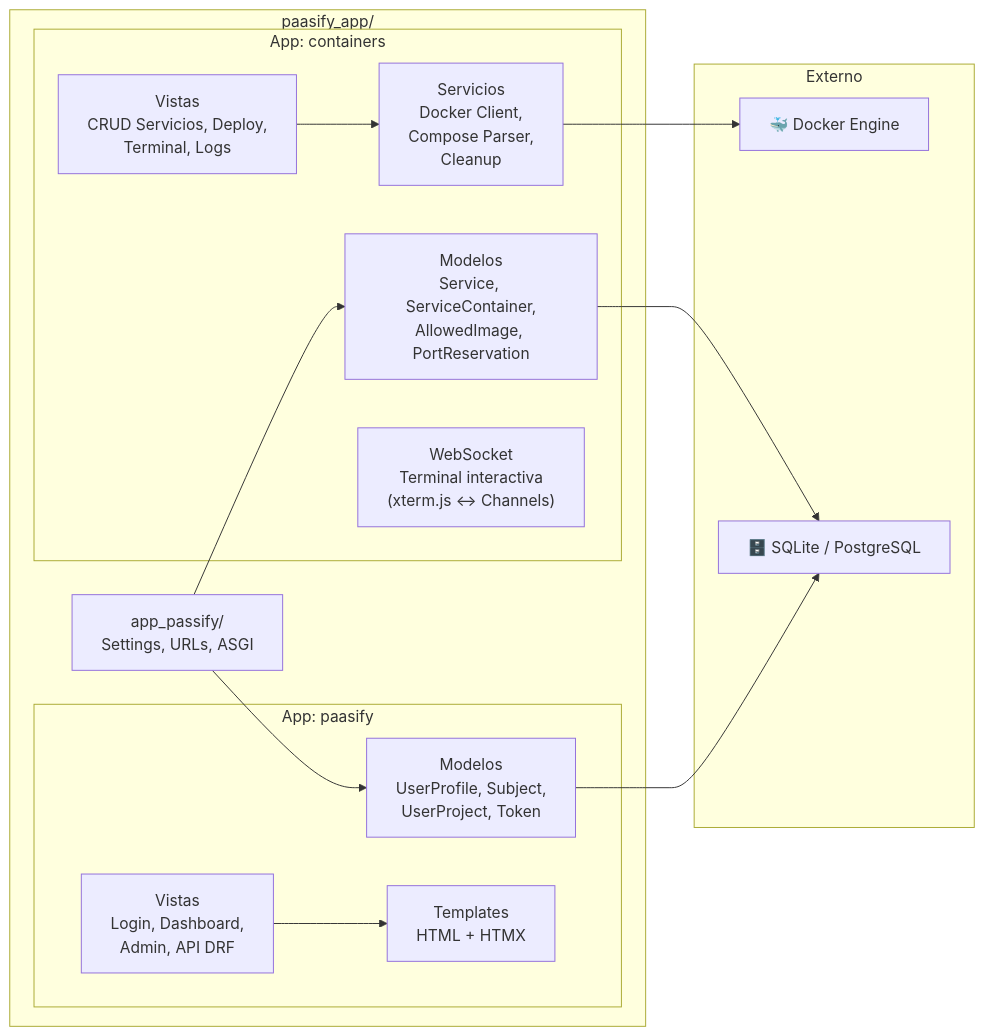
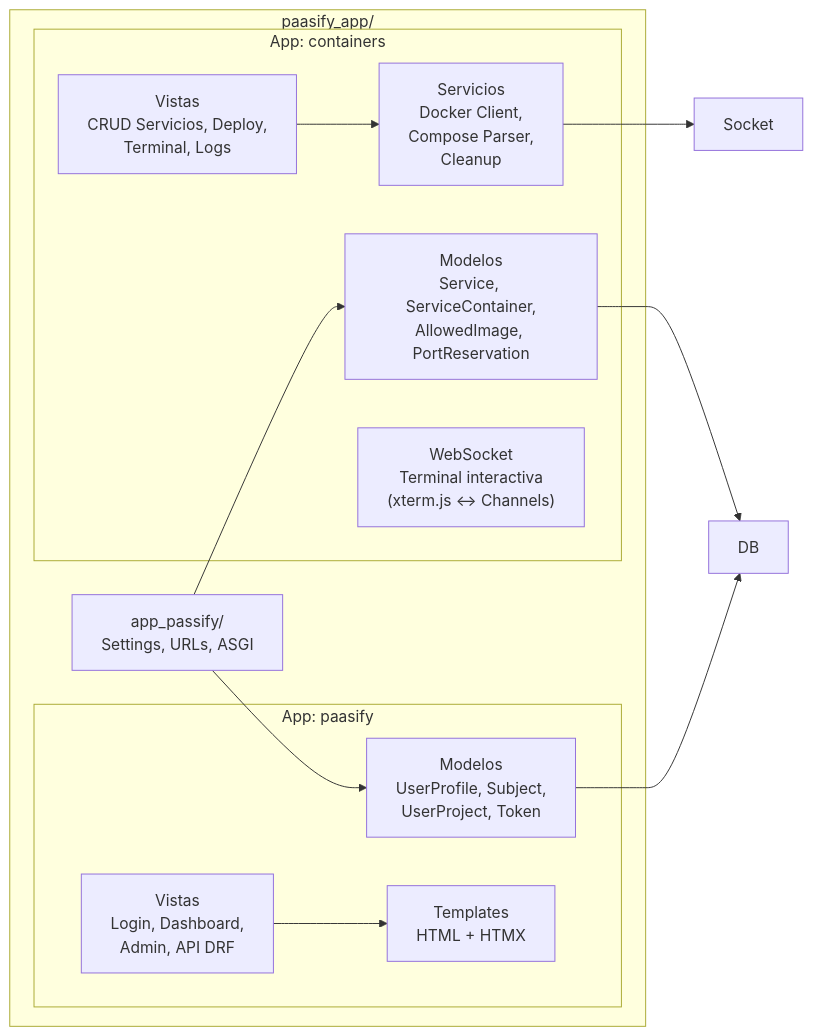
The second of 4 diagrams in docs/DEVELOPMENT.md (DavidRG25/TFG_APP_DOCKER-PASSIFY), drawn with Mermaid before and after one commit. The commit also changed other lines of this file and 2 other files, not shown here.

Commit message:
v10.4.2 - Mejora de Diagramas de flujo de trabajo por roles , trabajo y develop.

````diff
--- a/docs/DEVELOPMENT.md
+++ b/docs/DEVELOPMENT.md
@@ -69,32 +116,27 @@
 ```mermaid
 graph LR
     subgraph "paasify_app/"
         subgraph "App: paasify"
             M1["Modelos<br/>UserProfile, Subject,<br/>UserProject, Token"]
             V1["Vistas<br/>Login, Dashboard,<br/>Admin, API DRF"]
             T1["Templates<br/>HTML + HTMX"]
         end
 
         subgraph "App: containers"
             M2["Modelos<br/>Service, ServiceContainer,<br/>AllowedImage, PortReservation"]
             V2["Vistas<br/>CRUD Servicios, Deploy,<br/>Terminal, Logs"]
             S2["Servicios<br/>Docker Client,<br/>Compose Parser,<br/>Cleanup"]
             WS["WebSocket<br/>Terminal interactiva<br/>(xterm.js ↔ Channels)"]
         end
 
         SETTINGS["app_passify/<br/>Settings, URLs, ASGI"]
     end
 
-    subgraph "Externo"
-        DOCKER["🐳 Docker Engine"]
-        DB["🗄️ SQLite / PostgreSQL"]
-    end
-
     V2 --> S2
-    S2 --> DOCKER
+    S2 --> Socket
     M1 --> DB
     M2 --> DB
     V1 --> T1
     SETTINGS --> M1
     SETTINGS --> M2
 ```
````
